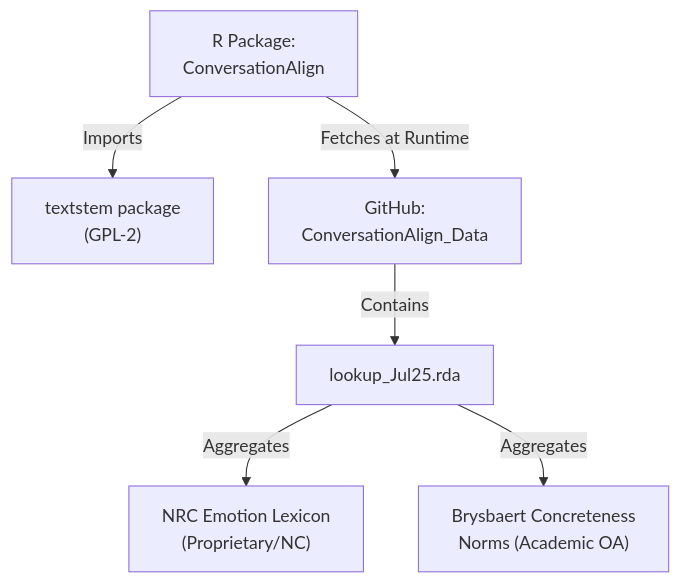
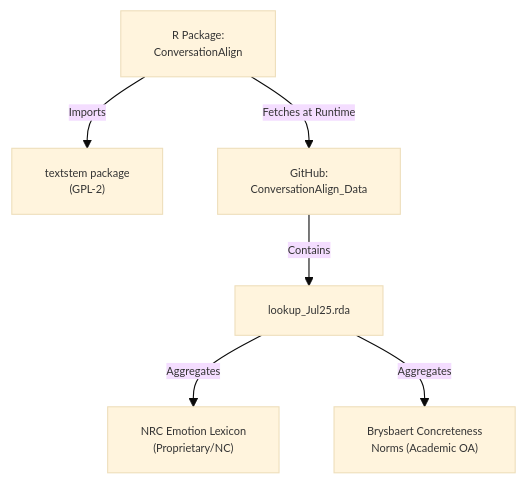
Before and after one commit to SFB1252/talks: the first of 2 diagrams in docs/workshops/25-licensing/slides.qmd, drawn with Mermaid. The commit also changed other lines of this file, not shown here.

````diff
--- a/docs/workshops/25-licensing/slides.qmd
+++ b/docs/workshops/25-licensing/slides.qmd
@@ -346,9 +346,10 @@
 ```{mermaid}
+%%{init: {'theme': 'base', 'themeVariables': {'fontSize': '10px'}}}%%
 graph TD
     CA["R Package:<br/>ConversationAlign"]
     CA -->|Imports| TS["textstem package<br/>(GPL-2)"]
     CA -->|Fetches at Runtime| CAD["GitHub:<br/>ConversationAlign_Data"]
     CAD -->|Contains| DB["lookup_Jul25.rda"]
     DB -->|Aggregates| NRC["NRC Emotion Lexicon<br/>(Proprietary/NC)"]
     DB -->|Aggregates| BN["Brysbaert Concreteness<br/>Norms (Academic OA)"]
 ```
````
